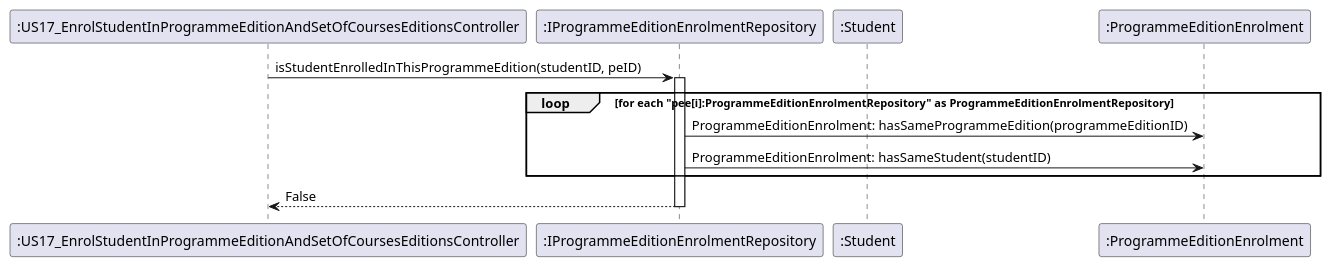
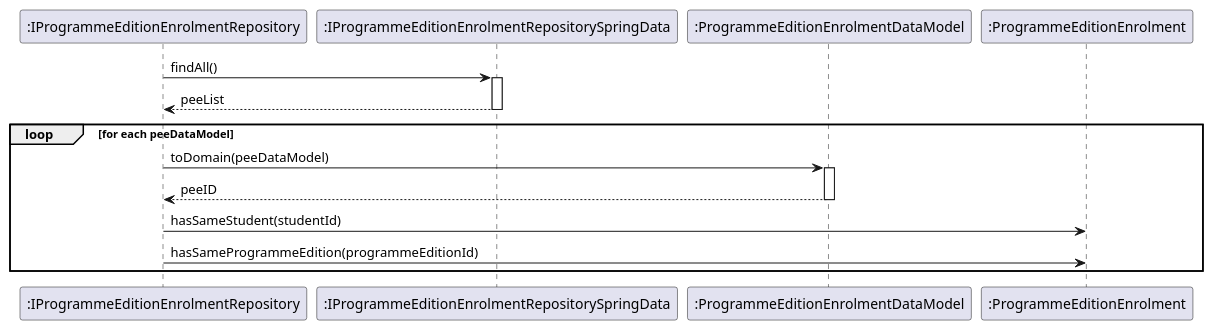
The diagram in docs/US17/references/isStudentEnrolledInThisProgrammeEdition.puml (GasparISEP/DevOps-PAI), drawn with PlantUML before and after one commit.

Commit message:
[docs]: Update isStudentEnrolledInThisProgrammeEdition.puml sequence diagram REF to reflect JPA SB, #365 #348 #393 #400

```diff
--- a/docs/US17/references/isStudentEnrolledInThisProgrammeEdition.puml
+++ b/docs/US17/references/isStudentEnrolledInThisProgrammeEdition.puml
@@ -1,16 +1,24 @@
 @startuml
-participant ":US17_EnrolStudentInProgrammeEditionAndSetOfCoursesEditionsController" as Controller
 participant ":IProgrammeEditionEnrolmentRepository" as ProgrammeEditionEnrolmentRepository
-Controller -> ProgrammeEditionEnrolmentRepository : isStudentEnrolledInThisProgrammeEdition(studentID, peID)
-activate ProgrammeEditionEnrolmentRepository
-participant ":ProgrammeEditionEnrolment" as ProgrammeEditionEnrolment
-loop for each "pee[i]:ProgrammeEditionEnrolmentRepository" as ProgrammeEditionEnrolmentRepository
-participant ":Student" as Student
-ProgrammeEditionEnrolmentRepository -> ProgrammeEditionEnrolment: ProgrammeEditionEnrolment: hasSameProgrammeEdition(programmeEditionID)
-ProgrammeEditionEnrolmentRepository -> ProgrammeEditionEnrolment: ProgrammeEditionEnrolment: hasSameStudent(studentID)
-participant ":ProgrammeEditionEnrolment" as ProgrammeEditionEnrolment
+participant ":IProgrammeEditionEnrolmentRepositorySpringData" as ProgrammeEditionEnrolmentRepositorySpringData
+participant ":ProgrammeEditionEnrolmentDataModel" as DataModel
+participant ":ProgrammeEditionEnrolment" as Enrolment
+
+ProgrammeEditionEnrolmentRepository -> ProgrammeEditionEnrolmentRepositorySpringData : findAll()
+activate ProgrammeEditionEnrolmentRepositorySpringData
+ProgrammeEditionEnrolmentRepositorySpringData --> ProgrammeEditionEnrolmentRepository : peeList
+deactivate ProgrammeEditionEnrolmentRepositorySpringData
+
+loop for each peeDataModel
+    ProgrammeEditionEnrolmentRepository -> DataModel : toDomain(peeDataModel)
+    activate DataModel
+    DataModel --> ProgrammeEditionEnrolmentRepository : peeID
+    deactivate DataModel
+
+    ProgrammeEditionEnrolmentRepository -> Enrolment : hasSameStudent(studentId)
+
+    ProgrammeEditionEnrolmentRepository -> Enrolment : hasSameProgrammeEdition(programmeEditionId)
+
 end
-ProgrammeEditionEnrolmentRepository --> Controller : False
-deactivate "ProgrammeEditionEnrolmentRepository"
-deactivate Controller
+
 @enduml
```
